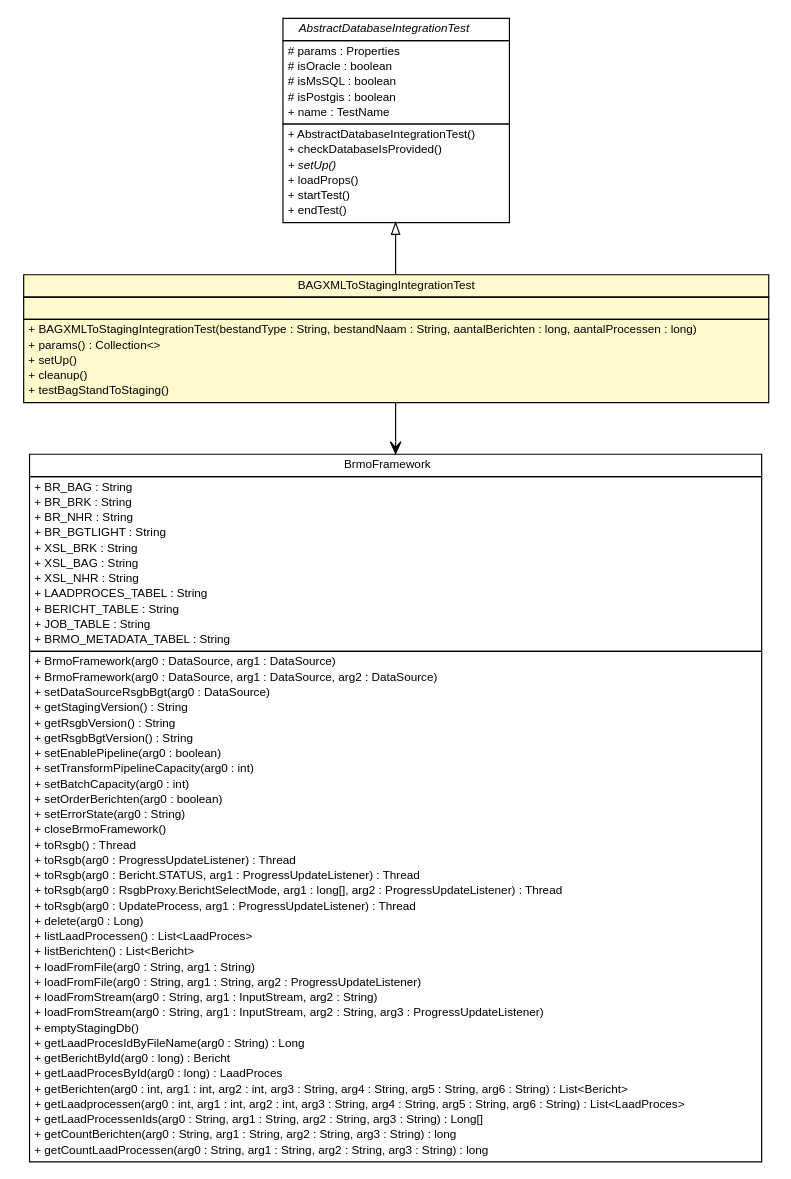
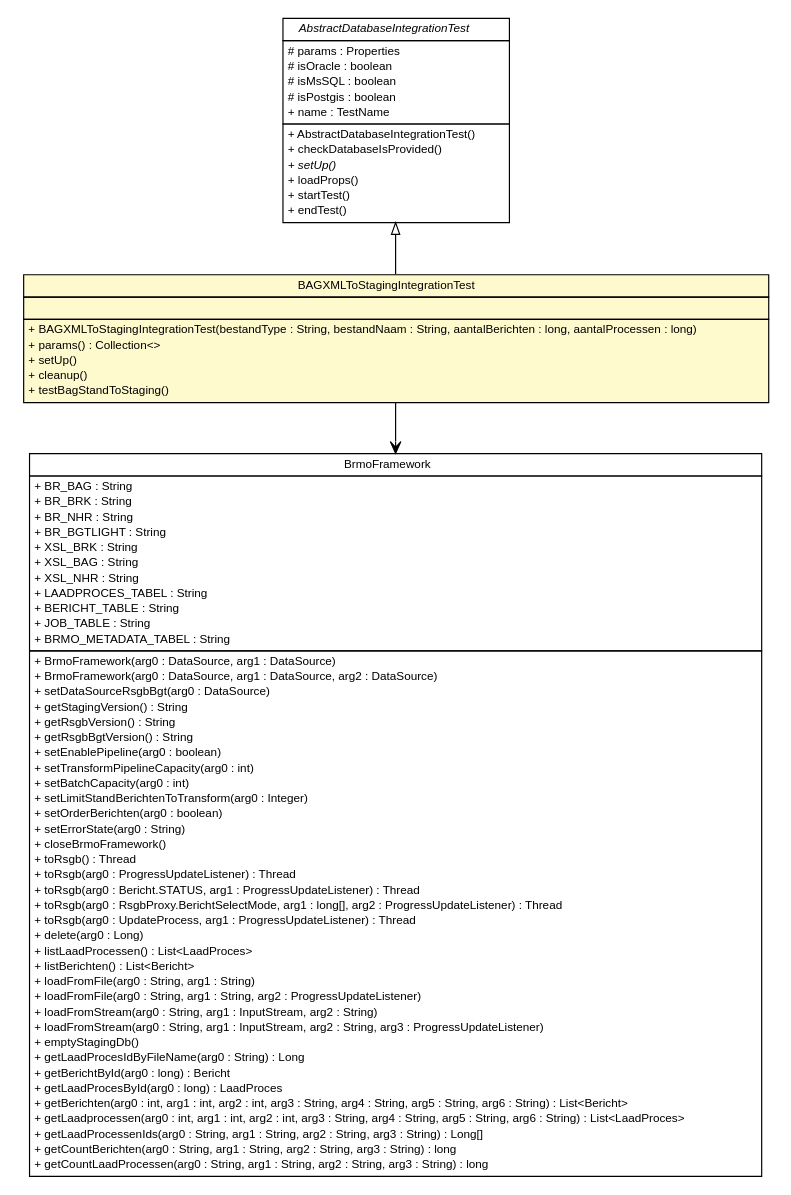
Before and after one commit to B3Partners/brmo: the diagram in brmo-loader/testapidocs/nl/b3p/BAGXMLToStagingIntegrationTest.dot, drawn with Graphviz. The commit also changed 374 other files, not shown here.

```diff
--- a/brmo-loader/testapidocs/nl/b3p/BAGXMLToStagingIntegrationTest.dot
+++ b/brmo-loader/testapidocs/nl/b3p/BAGXMLToStagingIntegrationTest.dot
@@ -1,107 +1,108 @@
 #!/usr/local/bin/dot
 #
 # Class diagram 
 # Generated by UMLGraph version R5_6-24-gf6e263 (http://www.umlgraph.org/)
 #
 
 digraph G {
 	edge [fontname="Helvetica",fontsize=10,labelfontname="Helvetica",labelfontsize=10];
 	node [fontname="Helvetica",fontsize=10,shape=plaintext];
 	nodesep=0.25;
 	ranksep=0.5;
 	// nl.b3p.AbstractDatabaseIntegrationTest
 	c118 [label=<<table title="nl.b3p.AbstractDatabaseIntegrationTest" border="0" cellborder="1" cellspacing="0" cellpadding="2" port="p" href="./AbstractDatabaseIntegrationTest.html">
 		<tr><td><table border="0" cellspacing="0" cellpadding="1">
 <tr><td align="center" balign="center"><font face="Helvetica-Oblique"> AbstractDatabaseIntegrationTest </font></td></tr>
 		</table></td></tr>
 		<tr><td><table border="0" cellspacing="0" cellpadding="1">
 <tr><td align="left" balign="left"> # params : Properties </td></tr>
 <tr><td align="left" balign="left"> # isOracle : boolean </td></tr>
 <tr><td align="left" balign="left"> # isMsSQL : boolean </td></tr>
 <tr><td align="left" balign="left"> # isPostgis : boolean </td></tr>
 <tr><td align="left" balign="left"> + name : TestName </td></tr>
 		</table></td></tr>
 		<tr><td><table border="0" cellspacing="0" cellpadding="1">
 <tr><td align="left" balign="left"> + AbstractDatabaseIntegrationTest() </td></tr>
 <tr><td align="left" balign="left"> + checkDatabaseIsProvided() </td></tr>
 <tr><td align="left" balign="left"><font face="Helvetica-Oblique" point-size="10.0"> + setUp() </font></td></tr>
 <tr><td align="left" balign="left"> + loadProps() </td></tr>
 <tr><td align="left" balign="left"> + startTest() </td></tr>
 <tr><td align="left" balign="left"> + endTest() </td></tr>
 		</table></td></tr>
 		</table>>, URL="./AbstractDatabaseIntegrationTest.html", fontname="Helvetica", fontcolor="black", fontsize=10.0];
 	// nl.b3p.BAGXMLToStagingIntegrationTest
 	c120 [label=<<table title="nl.b3p.BAGXMLToStagingIntegrationTest" border="0" cellborder="1" cellspacing="0" cellpadding="2" port="p" bgcolor="lemonChiffon" href="./BAGXMLToStagingIntegrationTest.html">
 		<tr><td><table border="0" cellspacing="0" cellpadding="1">
 <tr><td align="center" balign="center"> BAGXMLToStagingIntegrationTest </td></tr>
 		</table></td></tr>
 		<tr><td><table border="0" cellspacing="0" cellpadding="1">
 <tr><td align="left" balign="left">  </td></tr>
 		</table></td></tr>
 		<tr><td><table border="0" cellspacing="0" cellpadding="1">
 <tr><td align="left" balign="left"> + BAGXMLToStagingIntegrationTest(bestandType : String, bestandNaam : String, aantalBerichten : long, aantalProcessen : long) </td></tr>
 <tr><td align="left" balign="left"> + params() : Collection&lt;&gt; </td></tr>
 <tr><td align="left" balign="left"> + setUp() </td></tr>
 <tr><td align="left" balign="left"> + cleanup() </td></tr>
 <tr><td align="left" balign="left"> + testBagStandToStaging() </td></tr>
 		</table></td></tr>
 		</table>>, URL="./BAGXMLToStagingIntegrationTest.html", fontname="Helvetica", fontcolor="black", fontsize=10.0];
 	//nl.b3p.BAGXMLToStagingIntegrationTest extends nl.b3p.AbstractDatabaseIntegrationTest
 	c118:p -> c120:p [dir=back,arrowtail=empty];
 	// nl.b3p.BAGXMLToStagingIntegrationTest NAVASSOC nl.b3p.brmo.loader.BrmoFramework
 	c120:p -> c131:p [taillabel="", label="", headlabel="", fontname="Helvetica", fontcolor="black", fontsize=10.0, color="black", arrowhead=open];
 	// nl.b3p.brmo.loader.BrmoFramework
 	c131 [label=<<table title="nl.b3p.brmo.loader.BrmoFramework" border="0" cellborder="1" cellspacing="0" cellpadding="2" port="p">
 		<tr><td><table border="0" cellspacing="0" cellpadding="1">
 <tr><td align="center" balign="center"> BrmoFramework </td></tr>
 		</table></td></tr>
 		<tr><td><table border="0" cellspacing="0" cellpadding="1">
 <tr><td align="left" balign="left"> + BR_BAG : String </td></tr>
 <tr><td align="left" balign="left"> + BR_BRK : String </td></tr>
 <tr><td align="left" balign="left"> + BR_NHR : String </td></tr>
 <tr><td align="left" balign="left"> + BR_BGTLIGHT : String </td></tr>
 <tr><td align="left" balign="left"> + XSL_BRK : String </td></tr>
 <tr><td align="left" balign="left"> + XSL_BAG : String </td></tr>
 <tr><td align="left" balign="left"> + XSL_NHR : String </td></tr>
 <tr><td align="left" balign="left"> + LAADPROCES_TABEL : String </td></tr>
 <tr><td align="left" balign="left"> + BERICHT_TABLE : String </td></tr>
 <tr><td align="left" balign="left"> + JOB_TABLE : String </td></tr>
 <tr><td align="left" balign="left"> + BRMO_METADATA_TABEL : String </td></tr>
 		</table></td></tr>
 		<tr><td><table border="0" cellspacing="0" cellpadding="1">
 <tr><td align="left" balign="left"> + BrmoFramework(arg0 : DataSource, arg1 : DataSource) </td></tr>
 <tr><td align="left" balign="left"> + BrmoFramework(arg0 : DataSource, arg1 : DataSource, arg2 : DataSource) </td></tr>
 <tr><td align="left" balign="left"> + setDataSourceRsgbBgt(arg0 : DataSource) </td></tr>
 <tr><td align="left" balign="left"> + getStagingVersion() : String </td></tr>
 <tr><td align="left" balign="left"> + getRsgbVersion() : String </td></tr>
 <tr><td align="left" balign="left"> + getRsgbBgtVersion() : String </td></tr>
 <tr><td align="left" balign="left"> + setEnablePipeline(arg0 : boolean) </td></tr>
 <tr><td align="left" balign="left"> + setTransformPipelineCapacity(arg0 : int) </td></tr>
 <tr><td align="left" balign="left"> + setBatchCapacity(arg0 : int) </td></tr>
+<tr><td align="left" balign="left"> + setLimitStandBerichtenToTransform(arg0 : Integer) </td></tr>
 <tr><td align="left" balign="left"> + setOrderBerichten(arg0 : boolean) </td></tr>
 <tr><td align="left" balign="left"> + setErrorState(arg0 : String) </td></tr>
 <tr><td align="left" balign="left"> + closeBrmoFramework() </td></tr>
 <tr><td align="left" balign="left"> + toRsgb() : Thread </td></tr>
 <tr><td align="left" balign="left"> + toRsgb(arg0 : ProgressUpdateListener) : Thread </td></tr>
 <tr><td align="left" balign="left"> + toRsgb(arg0 : Bericht.STATUS, arg1 : ProgressUpdateListener) : Thread </td></tr>
 <tr><td align="left" balign="left"> + toRsgb(arg0 : RsgbProxy.BerichtSelectMode, arg1 : long[], arg2 : ProgressUpdateListener) : Thread </td></tr>
 <tr><td align="left" balign="left"> + toRsgb(arg0 : UpdateProcess, arg1 : ProgressUpdateListener) : Thread </td></tr>
 <tr><td align="left" balign="left"> + delete(arg0 : Long) </td></tr>
 <tr><td align="left" balign="left"> + listLaadProcessen() : List&lt;LaadProces&gt; </td></tr>
 <tr><td align="left" balign="left"> + listBerichten() : List&lt;Bericht&gt; </td></tr>
 <tr><td align="left" balign="left"> + loadFromFile(arg0 : String, arg1 : String) </td></tr>
 <tr><td align="left" balign="left"> + loadFromFile(arg0 : String, arg1 : String, arg2 : ProgressUpdateListener) </td></tr>
 <tr><td align="left" balign="left"> + loadFromStream(arg0 : String, arg1 : InputStream, arg2 : String) </td></tr>
 <tr><td align="left" balign="left"> + loadFromStream(arg0 : String, arg1 : InputStream, arg2 : String, arg3 : ProgressUpdateListener) </td></tr>
 <tr><td align="left" balign="left"> + emptyStagingDb() </td></tr>
 <tr><td align="left" balign="left"> + getLaadProcesIdByFileName(arg0 : String) : Long </td></tr>
 <tr><td align="left" balign="left"> + getBerichtById(arg0 : long) : Bericht </td></tr>
 <tr><td align="left" balign="left"> + getLaadProcesById(arg0 : long) : LaadProces </td></tr>
 <tr><td align="left" balign="left"> + getBerichten(arg0 : int, arg1 : int, arg2 : int, arg3 : String, arg4 : String, arg5 : String, arg6 : String) : List&lt;Bericht&gt; </td></tr>
 <tr><td align="left" balign="left"> + getLaadprocessen(arg0 : int, arg1 : int, arg2 : int, arg3 : String, arg4 : String, arg5 : String, arg6 : String) : List&lt;LaadProces&gt; </td></tr>
 <tr><td align="left" balign="left"> + getLaadProcessenIds(arg0 : String, arg1 : String, arg2 : String, arg3 : String) : Long[] </td></tr>
 <tr><td align="left" balign="left"> + getCountBerichten(arg0 : String, arg1 : String, arg2 : String, arg3 : String) : long </td></tr>
 <tr><td align="left" balign="left"> + getCountLaadProcessen(arg0 : String, arg1 : String, arg2 : String, arg3 : String) : long </td></tr>
 		</table></td></tr>
 		</table>>, URL="null", fontname="Helvetica", fontcolor="black", fontsize=10.0];
 }
```
